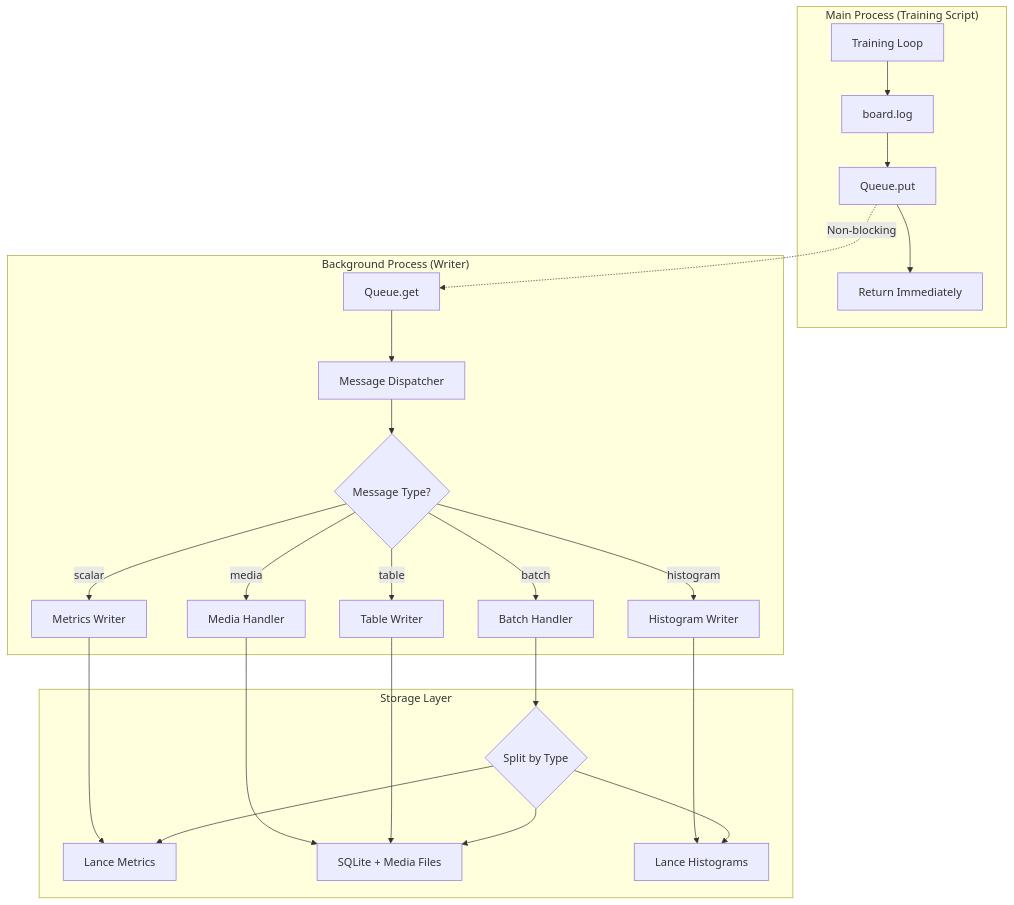
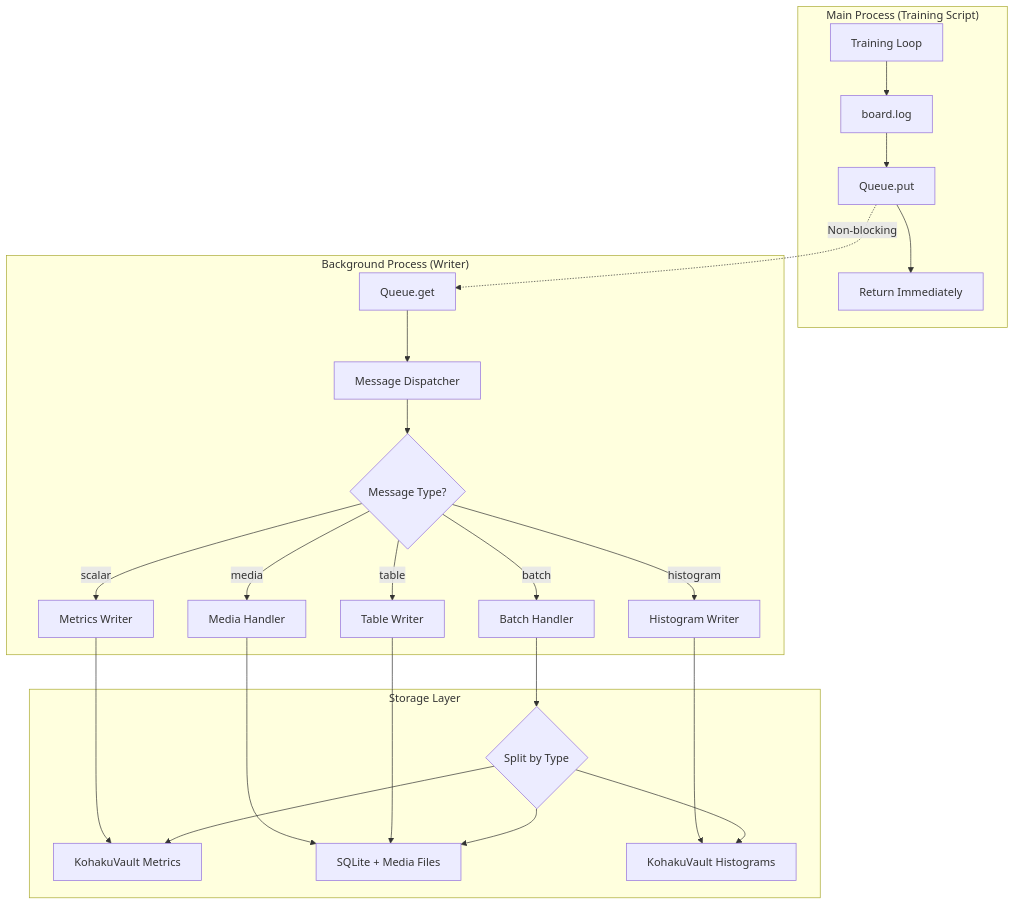
The first of 14 diagrams in docs/kohakuboard/architecture.md (KohakuBlueleaf/KohakuBoard), drawn with Mermaid before and after one commit. The commit also changed other lines of this file and 4 other files, not shown here.

````diff
--- a/docs/kohakuboard/architecture.md
+++ b/docs/kohakuboard/architecture.md
@@ -21,31 +21,31 @@
 ```mermaid
 graph TB
     subgraph "Main Process (Training Script)"
         A[Training Loop] --> B[board.log]
         B --> C[Queue.put]
         C --> D[Return Immediately]
     end
 
     subgraph "Background Process (Writer)"
         E[Queue.get] --> F[Message Dispatcher]
         F --> G{Message Type?}
         G -->|scalar| H[Metrics Writer]
         G -->|media| I[Media Handler]
         G -->|table| J[Table Writer]
         G -->|histogram| K[Histogram Writer]
         G -->|batch| L[Batch Handler]
     end
 
     subgraph "Storage Layer"
-        H --> M[Lance Metrics]
+        H --> M[KohakuVault Metrics]
         I --> N[SQLite + Media Files]
         J --> N
-        K --> O[Lance Histograms]
+        K --> O[KohakuVault Histograms]
         L --> P{Split by Type}
         P --> M
         P --> N
         P --> O
     end
 
     C -.->|Non-blocking| E
 ```
````
